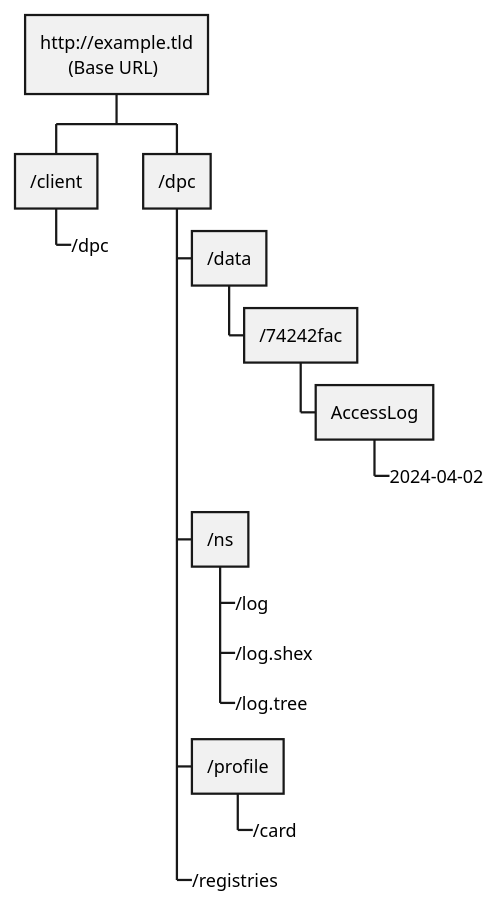
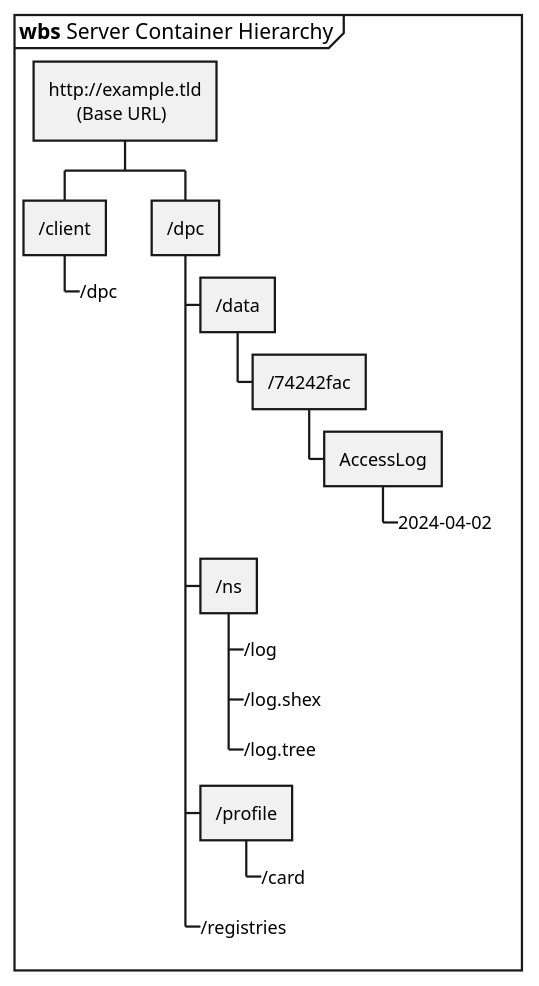
Before and after one commit to guddii/SEACT: the diagram in docs/resources/diagrams/wbs_Endpoint_structure.puml, drawn with PlantUML. The commit also changed 1 other file, not shown here.

Commit message:
docs: add wbs notation

```diff
--- a/docs/resources/diagrams/wbs_Endpoint_structure.puml
+++ b/docs/resources/diagrams/wbs_Endpoint_structure.puml
@@ -1,17 +1,18 @@
 @startwbs
+mainframe **wbs** Server Container Hierarchy
 + http://example.tld\n      (Base URL)
 ++ /client
 +++_ /dpc
 ++ /dpc
 +++ /data
 ++++ /74242fac
 +++++ AccessLog
 ++++++_ 2024-04-02
 +++ /ns
 ++++_ /log
 ++++_ /log.shex
 ++++_ /log.tree
 +++ /profile
 ++++_ /card
 +++_ /registries
 @endwbs
```
